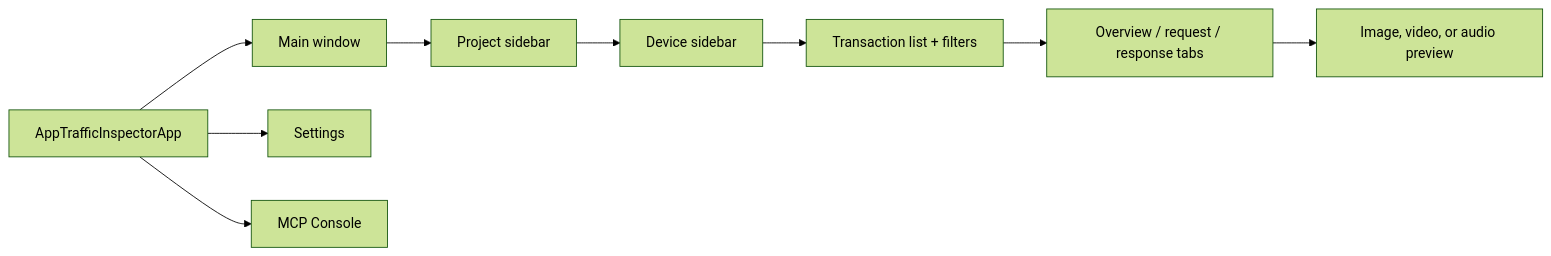
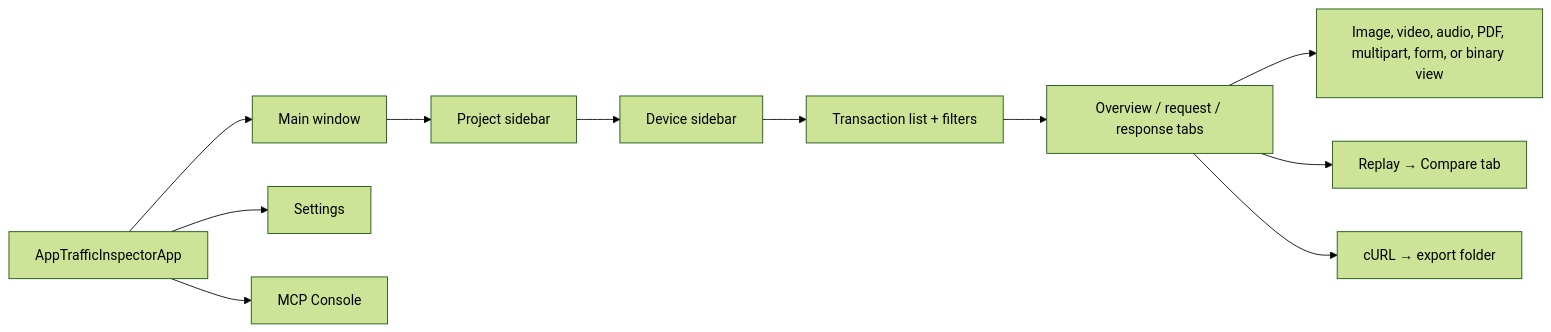
One commit to gingofthesouth/AppTrafficInspector-Mac-App changed the third of 3 diagrams in CODE_ATLAS.md. Above: the diagram before and after it, drawn with Mermaid (forest theme). The commit also changed other lines of this file and 23 other files, not shown here.

Commit message:
Add media body inspection, binary-safe cURL export, and request replay

````diff
--- a/CODE_ATLAS.md
+++ b/CODE_ATLAS.md
@@ -400,11 +431,13 @@
 ```mermaid
 flowchart LR
     App["AppTrafficInspectorApp"] --> Main["Main window"]
     App --> Settings["Settings"]
     App --> Console["MCP Console"]
     Main --> Project["Project sidebar"]
     Project --> Device["Device sidebar"]
     Device --> Transactions["Transaction list + filters"]
     Transactions --> Detail["Overview / request / response tabs"]
-    Detail --> Media["Image, video, or audio preview"]
+    Detail --> Media["Image, video, audio, PDF, multipart, form, or binary view"]
+    Detail --> Replay["Replay → Compare tab"]
+    Detail --> Curl["cURL → export folder"]
 ```
````
